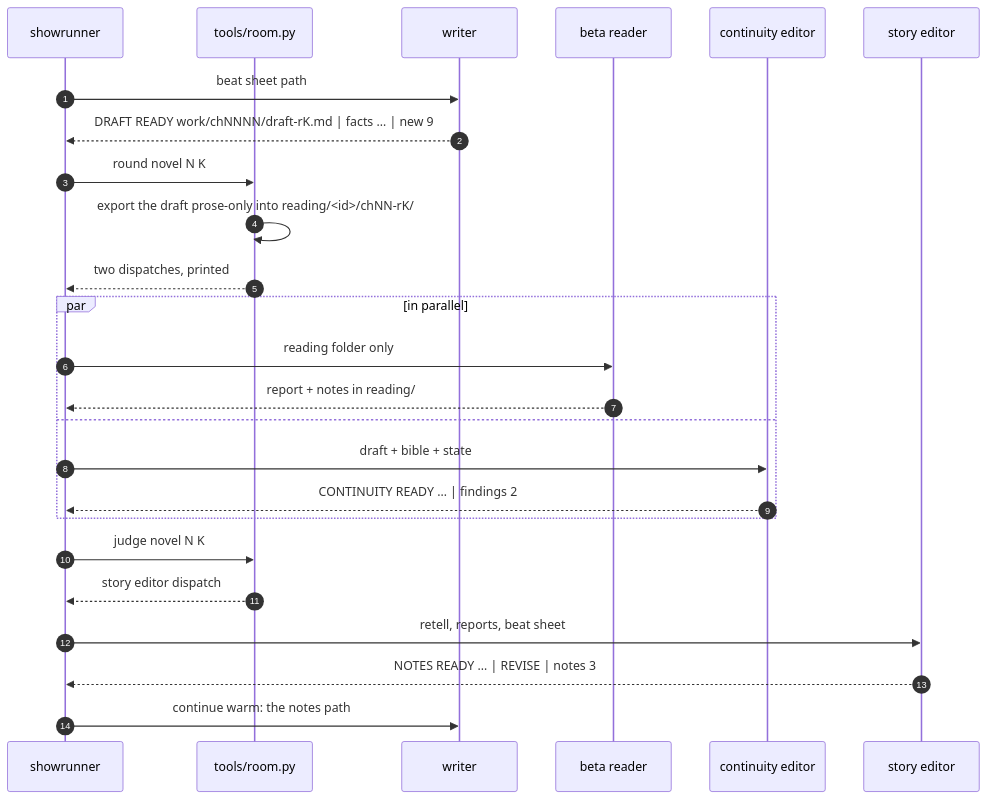
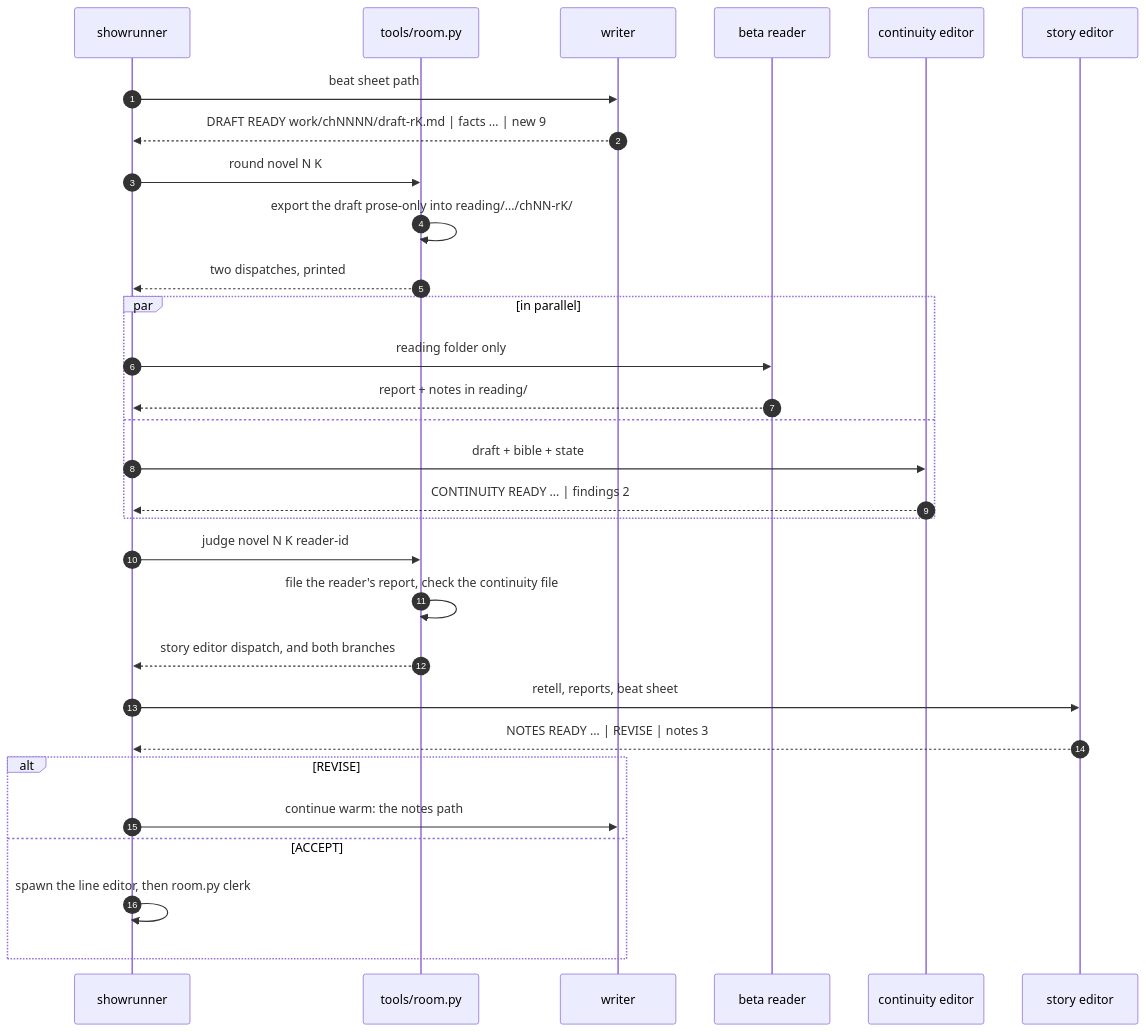
One commit to Adhin37/ai-top-writer changed the fourth of 6 diagrams in README.md. Above: the diagram before and after it, drawn with Mermaid. The commit also changed other lines of this file and 1 other file, not shown here.

Commit message:
docs: add graphs to README.md + how to Contribute in CONTRIBUTING.md

````diff
--- a/README.md
+++ b/README.md
@@ -111,28 +100,33 @@
 ```mermaid
 sequenceDiagram
     autonumber
     participant S as showrunner
     participant Room as tools/room.py
     participant W as writer
     participant B as beta reader
     participant C as continuity editor
     participant E as story editor
 
     S->>W: beat sheet path
     W-->>S: DRAFT READY work/chNNNN/draft-rK.md | facts … | new 9
     S->>Room: round novel N K
-    Room->>Room: export the draft prose-only into reading/<id>/chNN-rK/
+    Room->>Room: export the draft prose-only into reading/…/chNN-rK/
     Room-->>S: two dispatches, printed
     par in parallel
         S->>B: reading folder only
         B-->>S: report + notes in reading/
     and
         S->>C: draft + bible + state
         C-->>S: CONTINUITY READY … | findings 2
     end
-    S->>Room: judge novel N K
-    Room-->>S: story editor dispatch
+    S->>Room: judge novel N K reader-id
+    Room->>Room: file the reader's report, check the continuity file
+    Room-->>S: story editor dispatch, and both branches
     S->>E: retell, reports, beat sheet
     E-->>S: NOTES READY … | REVISE | notes 3
-    S->>W: continue warm: the notes path
+    alt REVISE
+        S->>W: continue warm: the notes path
+    else ACCEPT
+        S->>S: spawn the line editor, then room.py clerk
+    end
 ```
````
